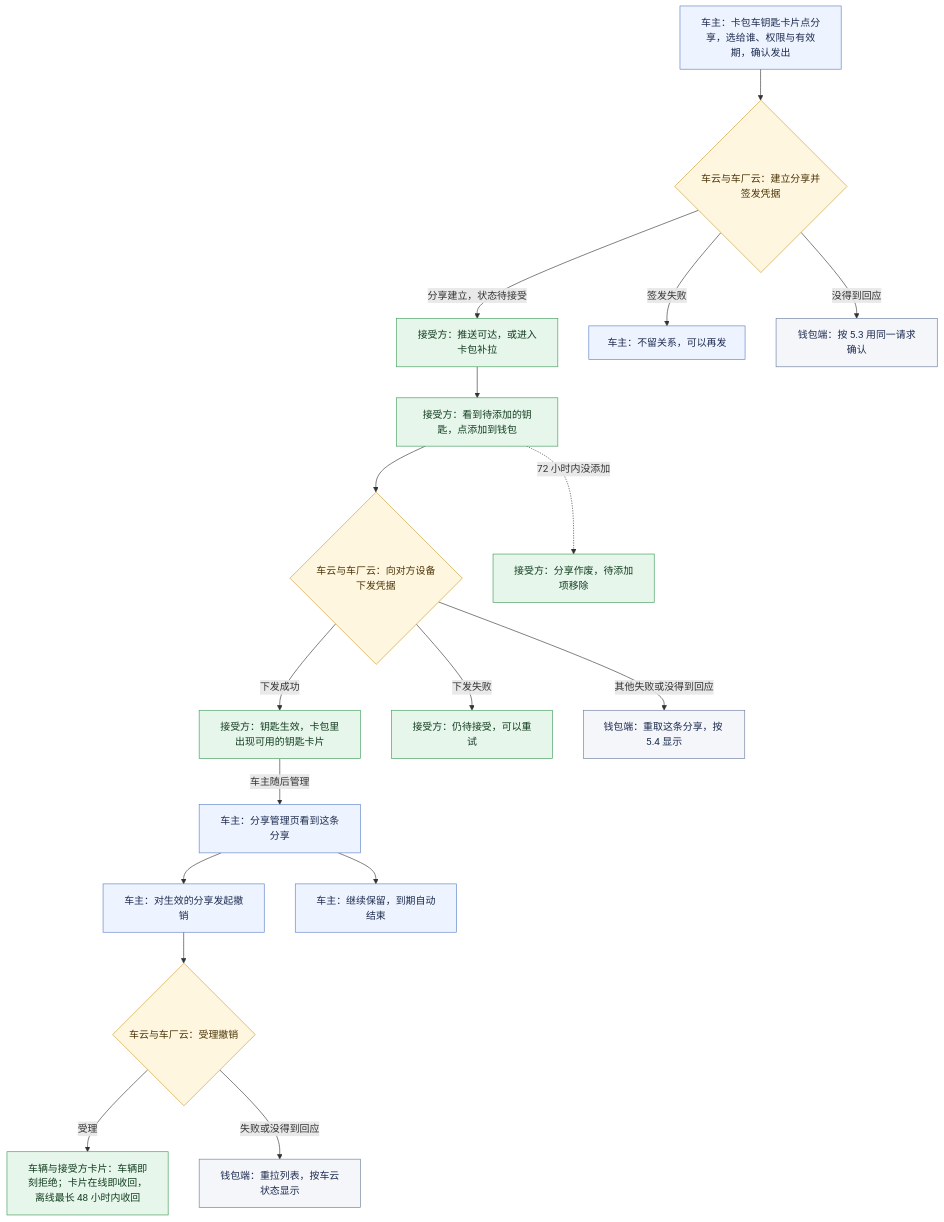
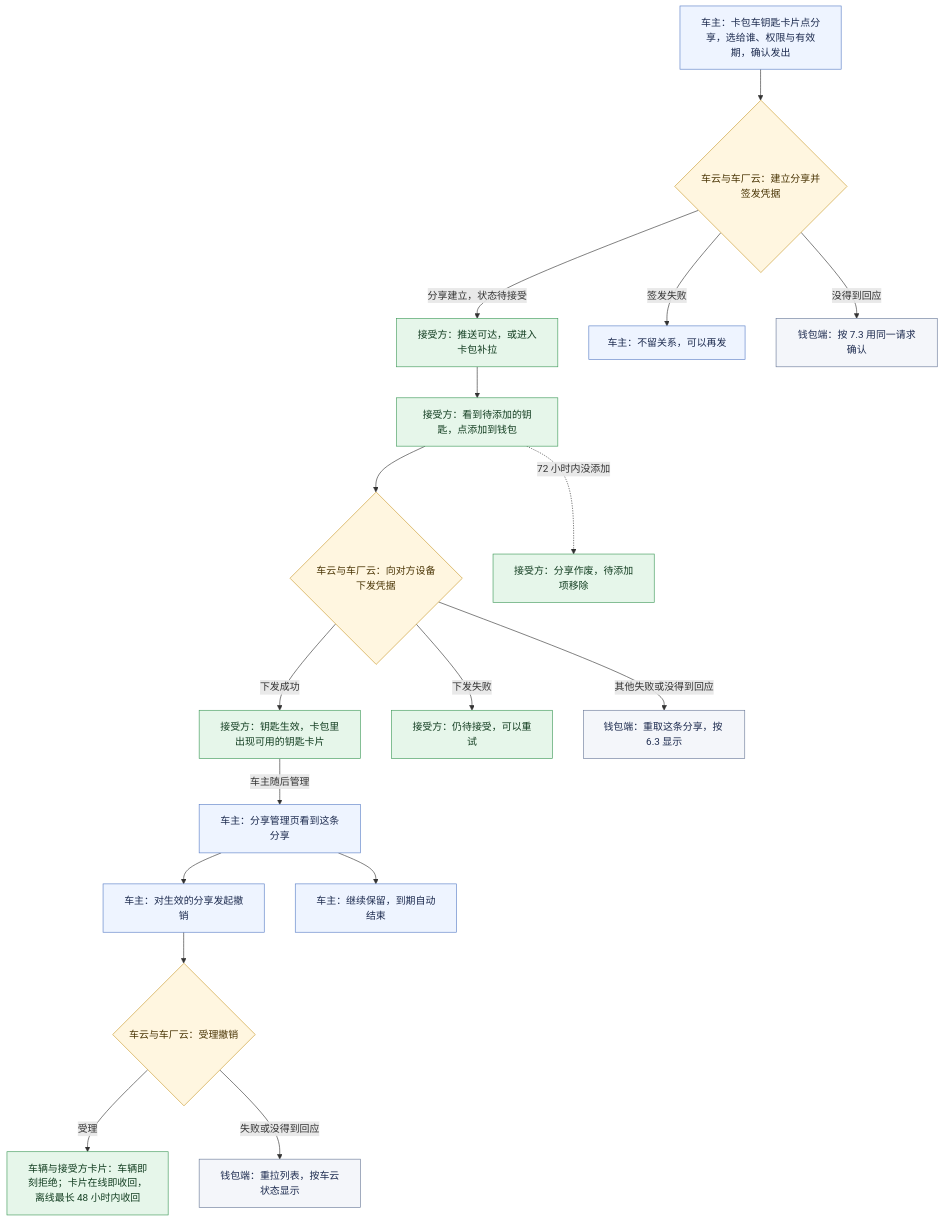
The second of 3 diagrams in doc/plan/1.9.9/金样候选/car-key-sharing/AR/story.md (sqsqsq/SimulatedWalletForHmos), drawn with Mermaid before and after one commit. The commit also changed other lines of this file and 25 other files, not shown here.

````diff
--- a/doc/plan/1.9.9/金样候选/car-key-sharing/AR/story.md
+++ b/doc/plan/1.9.9/金样候选/car-key-sharing/AR/story.md
@@ -200,30 +207,30 @@
 ```mermaid
 %% 图源 spec §5.1 #1
 %% 图源 spec §5.3 #2
 %% 图源 spec §5.3 #3
 flowchart TD
     A[车主：卡包车钥匙卡片点分享，选给谁、权限与有效期，确认发出] --> C{车云与车厂云：建立分享并签发凭据}
     C -->|分享建立，状态待接受| F[接受方：推送可达，或进入卡包补拉]
     F --> G[接受方：看到待添加的钥匙，点添加到钱包]
     G --> AC{车云与车厂云：向对方设备下发凭据}
     AC -->|下发成功| L[接受方：钥匙生效，卡包里出现可用的钥匙卡片]
     L -->|车主随后管理| M[车主：分享管理页看到这条分享]
     M --> RV[车主：对生效的分享发起撤销]
     RV --> RC{车云与车厂云：受理撤销}
     RC -->|受理| OFF[车辆与接受方卡片：车辆即刻拒绝；卡片在线即收回，离线最长 48 小时内收回]
     C -->|签发失败| BF[车主：不留关系，可以再发]
-    C -->|没得到回应| BU[钱包端：按 5.3 用同一请求确认]
+    C -->|没得到回应| BU[钱包端：按 7.3 用同一请求确认]
     G -.->|72 小时内没添加| EX[接受方：分享作废，待添加项移除]
     AC -->|下发失败| AF[接受方：仍待接受，可以重试]
-    AC -->|其他失败或没得到回应| AQ[钱包端：重取这条分享，按 5.4 显示]
+    AC -->|其他失败或没得到回应| AQ[钱包端：重取这条分享，按 6.3 显示]
     M --> KP[车主：继续保留，到期自动结束]
     RC -->|失败或没得到回应| RQ[钱包端：重拉列表，按车云状态显示]
     classDef owner fill:#eef4ff,stroke:#5b7fc7,color:#1d2b4f
     classDef cloud fill:#fff6e0,stroke:#c99a2e,color:#4a3505
     classDef grantee fill:#e6f6ea,stroke:#3f9a5a,color:#123d20
     classDef wallet fill:#f4f6fa,stroke:#6b7a99,color:#1d2b4f
     class A,M,RV,BF,KP owner
     class C,AC,RC cloud
     class F,G,L,OFF,EX,AF grantee
     class BU,AQ,RQ wallet
 ```
````
